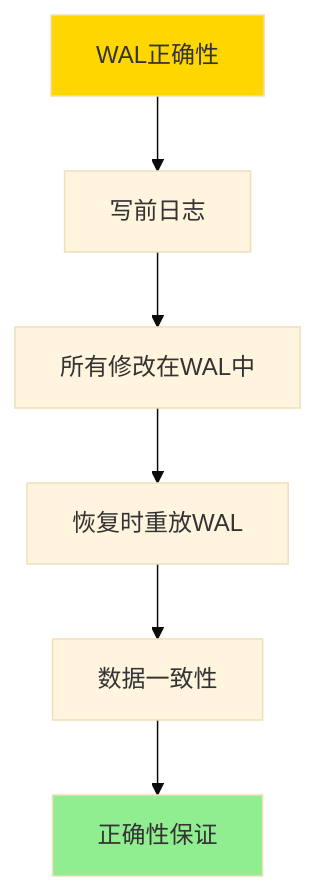
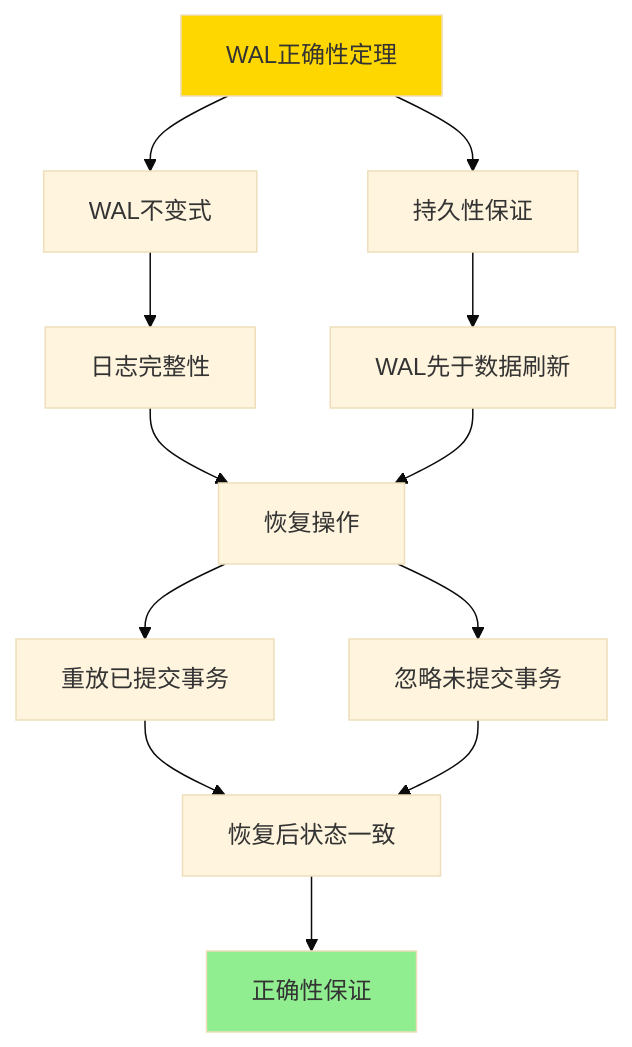
One commit to AdaMartin18010/PostgreSQL_modern changed the third of 3 diagrams in PostgreSQL/10-理论基础/06-存储与恢复/06.01-TLA+-事务与WAL-规范纲要.md. Above: the diagram before and after it, drawn with Mermaid (base theme). The commit also changed other lines of this file and 16 other files, not shown here.

````diff
--- a/PostgreSQL/10-理论基础/06-存储与恢复/06.01-TLA+-事务与WAL-规范纲要.md
+++ b/PostgreSQL/10-理论基础/06-存储与恢复/06.01-TLA+-事务与WAL-规范纲要.md
@@ -239,11 +319,17 @@
 ```mermaid
 graph TD
-    A[WAL正确性] --> B[写前日志]
-    B --> C[所有修改在WAL中]
-    C --> D[恢复时重放WAL]
-    D --> E[数据一致性]
-    E --> F[正确性保证]
-
+    A[WAL正确性定理] --> B[WAL不变式]
+    A --> C[持久性保证]
+    B --> D[日志完整性]
+    C --> E[WAL先于数据刷新]
+    D --> F[恢复操作]
+    E --> F
+    F --> G[重放已提交事务]
+    F --> H[忽略未提交事务]
+    G --> I[恢复后状态一致]
+    H --> I
+    I --> J[正确性保证]
+    
     style A fill:#FFD700
-    style F fill:#90EE90
+    style J fill:#90EE90
 ```
````
